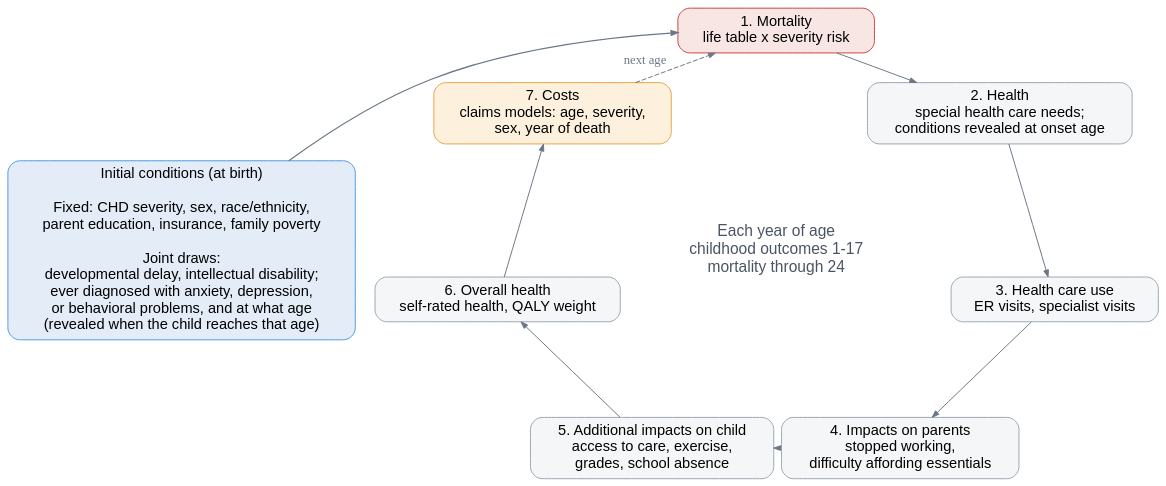
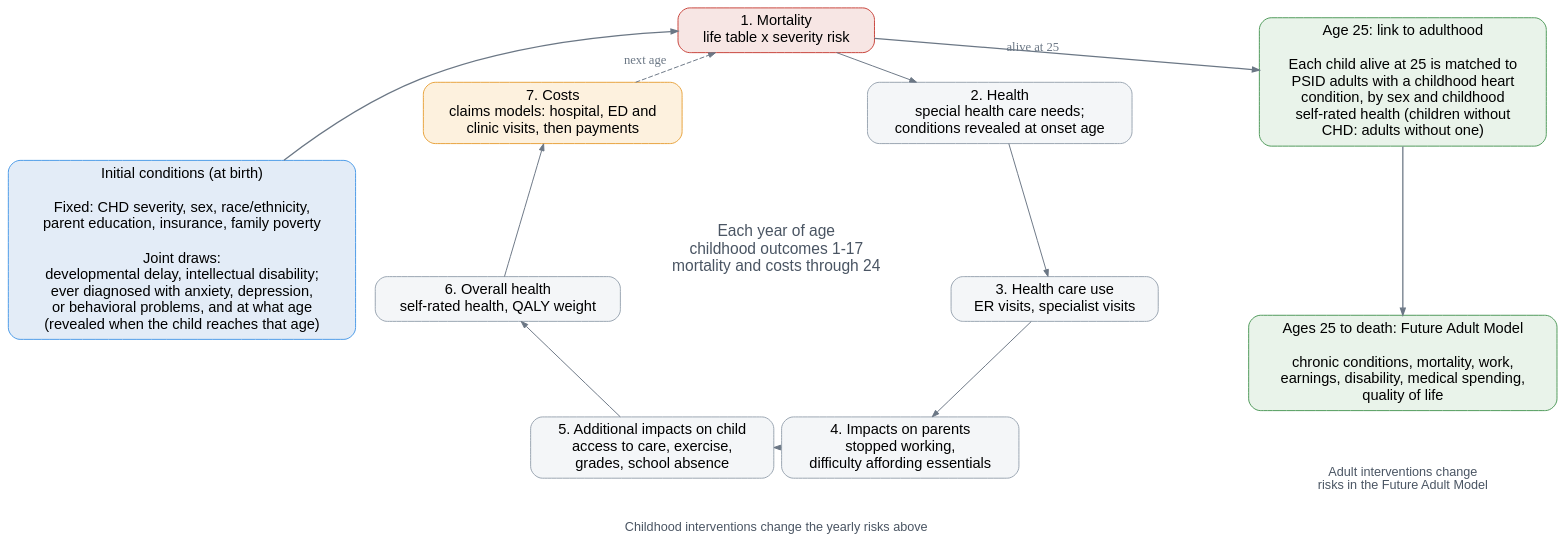
Before and after one commit to SchaefferMicrosim/chd_explorer: the diagram in model_flow.dot, drawn with Graphviz. The commit also changed 2 other files, not shown here.

Commit message:
Per case prevented and U.S. total bases; hide zero-effect levers; new flow diagram

```diff
--- a/model_flow.dot
+++ b/model_flow.dot
@@ -1,26 +1,37 @@
 
 digraph {
   graph [layout=neato, splines=true, overlap=false, fontname="Helvetica", bgcolor="transparent"];
   node  [shape=box, style="rounded,filled", fontname="Helvetica", fontsize=15, margin="0.18,0.09"];
   edge  [color="#6b7785", arrowsize=0.7];
 
   init [pos="-0.6,0!", fillcolor="#e3ecf7", color="#4c9be8",
         label="Initial conditions (at birth)\n\nFixed: CHD severity, sex, race/ethnicity,\nparent education, insurance, family poverty\n\nJoint draws:\ndevelopmental delay, intellectual disability;\never diagnosed with anxiety, depression,\nor behavioral problems, and at what age\n(revealed when the child reaches that age)"];
   center [pos="8.60,0.00!", shape=plaintext, style="", fontsize=16, fontcolor="#4a5563",
-          label="Each year of age\nchildhood outcomes 1-17\nmortality through 24"];
+          label="Each year of age\nchildhood outcomes 1-17\nmortality and costs through 24"];
   mort [pos="8.60,3.40!", label="1. Mortality\nlife table x severity risk", fillcolor="#f7e6e4", color="#c8433b"];
   hlth [pos="12.06,2.12!", label="2. Health\nspecial health care needs;\nconditions revealed at onset age", fillcolor="#f4f6f8", color="#9aa5b1"];
   util [pos="12.91,-0.76!", label="3. Health care use\nER visits, specialist visits", fillcolor="#f4f6f8", color="#9aa5b1"];
   par [pos="10.52,-3.06!", label="4. Impacts on parents\nstopped working,\ndifficulty affording essentials", fillcolor="#f4f6f8", color="#9aa5b1"];
   child [pos="6.68,-3.06!", label="5. Additional impacts on child\naccess to care, exercise,\ngrades, school absence", fillcolor="#f4f6f8", color="#9aa5b1"];
   srh [pos="4.29,-0.76!", label="6. Overall health\nself-rated health, QALY weight", fillcolor="#f4f6f8", color="#9aa5b1"];
-  cost [pos="5.14,2.12!", label="7. Costs\nclaims models: age, severity,\nsex, year of death", fillcolor="#fdf1de", color="#e8a33d"];
+  cost [pos="5.14,2.12!", label="7. Costs\nclaims models: hospital, ED and\nclinic visits, then payments", fillcolor="#fdf1de", color="#e8a33d"];
   mort -> hlth;
   hlth -> util;
   util -> par;
   par -> child;
   child -> srh;
   srh -> cost;
   cost -> mort [label="  next age", fontsize=13, fontcolor="#6b7785", style=dashed];
   init -> mort [penwidth=1.3];
+
+  link [pos="18.30,2.60!", fillcolor="#e9f3ea", color="#4f9a5a",
+        label="Age 25: link to adulthood\n\nEach child alive at 25 is matched to\nPSID adults with a childhood heart\ncondition, by sex and childhood\nself-rated health (children without\nCHD: adults without one)"];
+  fam  [pos="18.30,-1.75!", fillcolor="#e9f3ea", color="#4f9a5a",
+        label="Ages 25 to death: Future Adult Model\n\nchronic conditions, mortality, work,\nearnings, disability, medical spending,\nquality of life"];
+  mort -> link [penwidth=1.3, label="alive at 25\n", fontsize=13, fontcolor="#6b7785"];
+  link -> fam [penwidth=1.3];
+  kidiv [pos="8.60,-4.30!", shape=plaintext, style="", fontsize=13, fontcolor="#4a5563",
+         label="Childhood interventions change the yearly risks above"];
+  adiv  [pos="18.30,-3.55!", shape=plaintext, style="", fontsize=13, fontcolor="#4a5563",
+         label="Adult interventions change\nrisks in the Future Adult Model"];
 }
```
